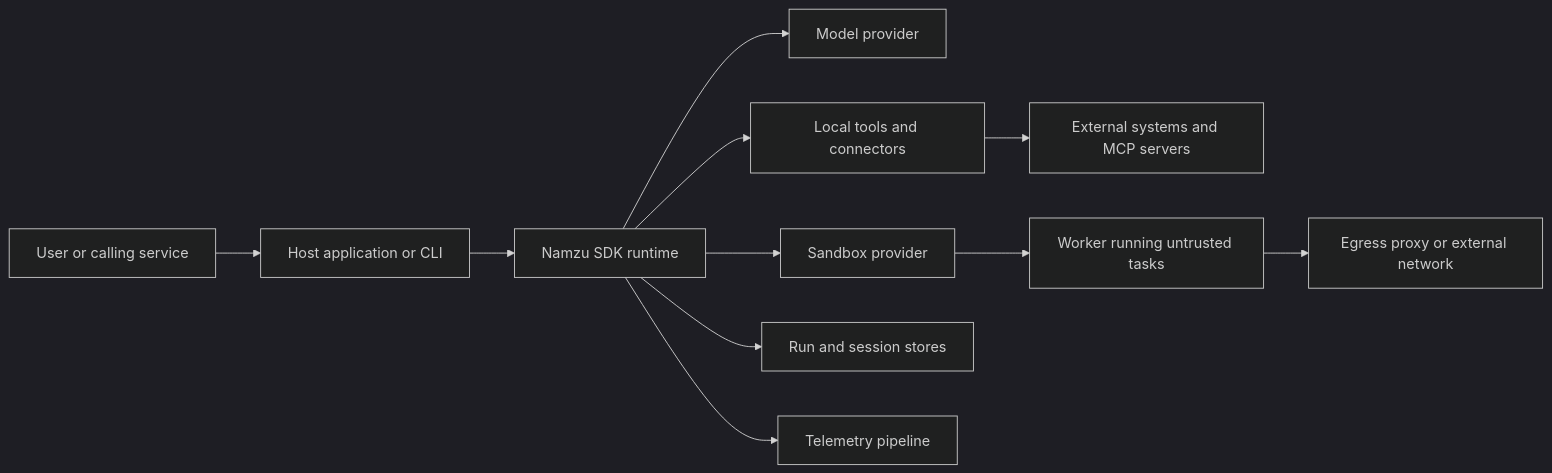
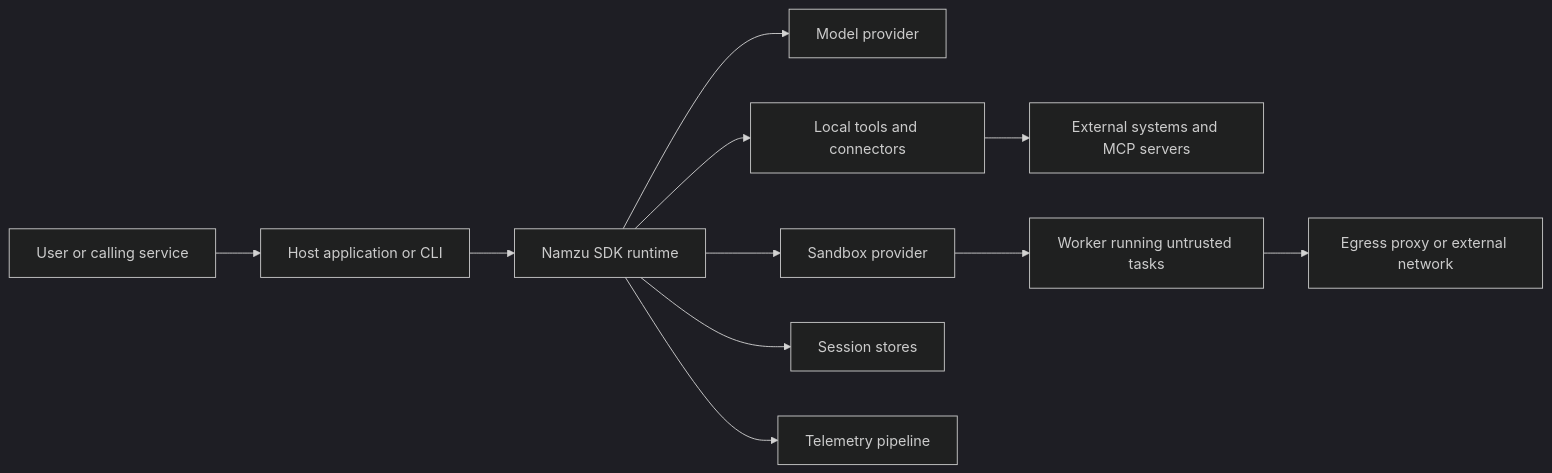
Before and after one commit to cogitave/namzu: the diagram in docs/security-report.md, drawn with Mermaid (dark theme). The commit also changed other lines of this file and 52 other files, not shown here.

First line of the commit message:
docs: say turn or session where docs and the TUI still said run

````diff
--- a/docs/security-report.md
+++ b/docs/security-report.md
@@ -147,13 +147,13 @@
 ```mermaid
 flowchart LR
     U[User or calling service] --> H[Host application or CLI]
     H --> R[Namzu SDK runtime]
     R --> P[Model provider]
     R --> T[Local tools and connectors]
     T --> X[External systems and MCP servers]
     R --> S[Sandbox provider]
     S --> W[Worker running untrusted tasks]
     W --> E[Egress proxy or external network]
-    R --> D[Run and session stores]
+    R --> D[Session stores]
     R --> O[Telemetry pipeline]
 ```
````
